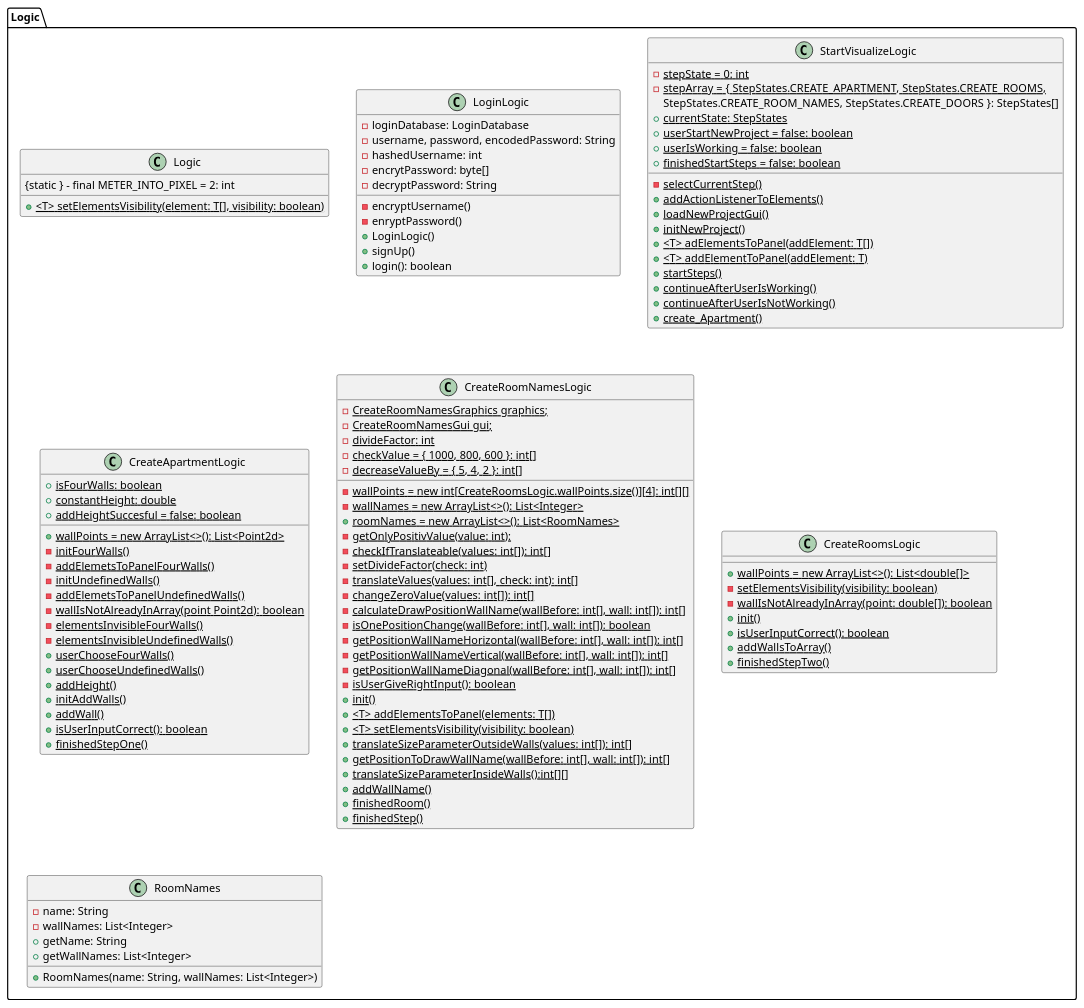
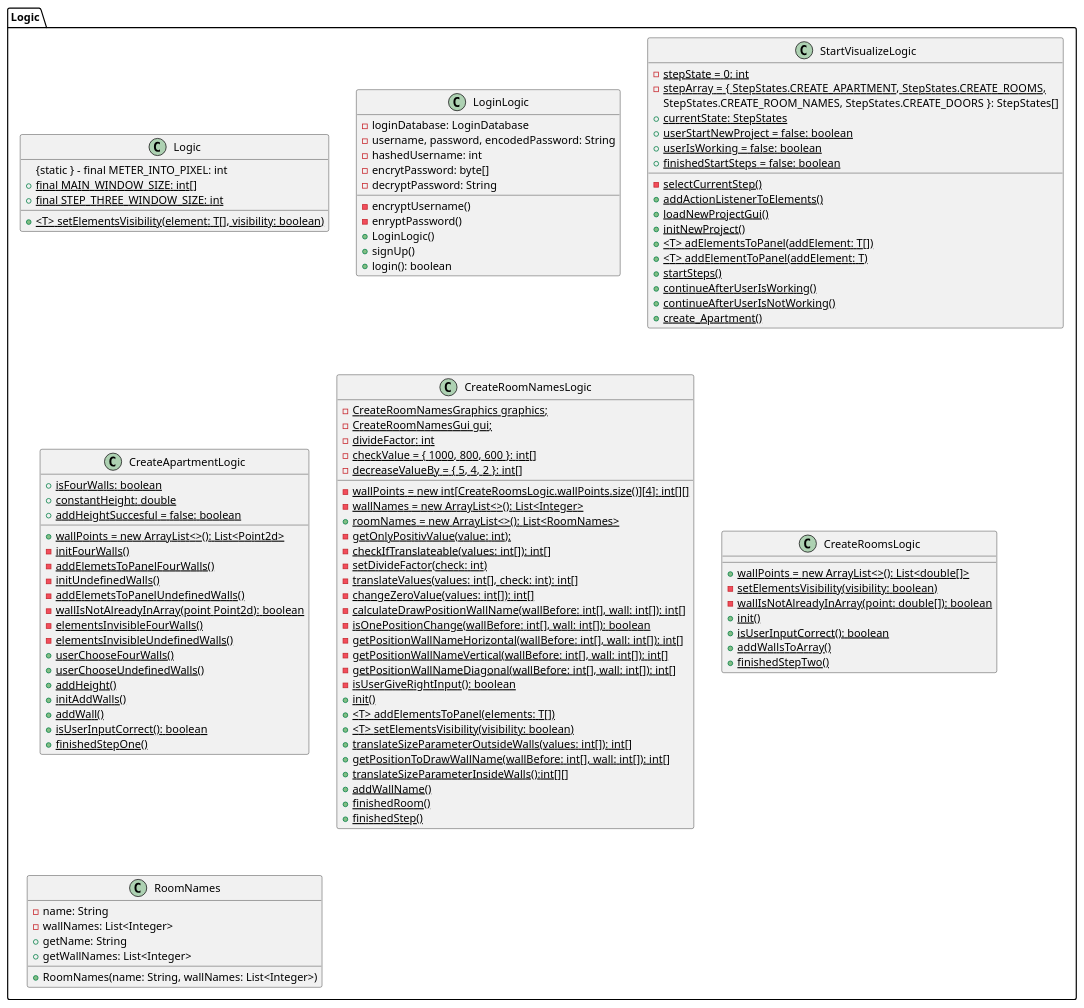
The diagram in doc/Diagrams/class diagrams/Logic.class diagram.md (Raboro/Home-Visualizer), drawn with PlantUML before and after one commit. The commit also changed 2 other files, not shown here.

Commit message:
make changes in diagrams

```diff
--- a/doc/Diagrams/class diagrams/Logic.class diagram.md
+++ b/doc/Diagrams/class diagrams/Logic.class diagram.md
@@ -3,7 +3,9 @@
 
 namespace Logic {
     class Logic {
-        {static } - final METER_INTO_PIXEL = 2: int
+        {static } - final METER_INTO_PIXEL: int
+        {static} + final MAIN_WINDOW_SIZE: int[]
+        {static} + final STEP_THREE_WINDOW_SIZE: int
         {static} + <T> setElementsVisibility(element: T[], visibility: boolean)
     }
 
```
